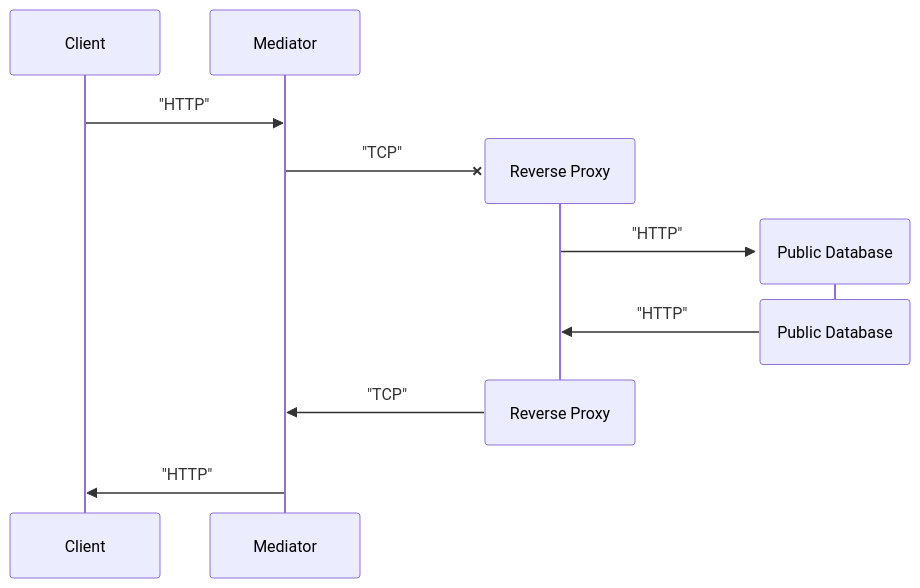
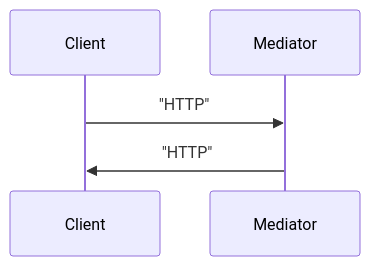
One commit to SHerlihy/service-architecture-project changed the second of 2 diagrams in README.md. Above: the diagram before and after it, drawn with Mermaid.

Commit message:
remove more

````diff
--- a/README.md
+++ b/README.md
@@ -38,17 +38,8 @@
 ```mermaid
 sequenceDiagram
     participant cli as Client
     participant med as Mediator
     cli->>med: "HTTP"
 
-    create participant rev as Reverse Proxy
-    med-xrev: "TCP"
-    create participant pub as Public Database
-    rev->>pub: "HTTP"
-    destroy pub
-    pub->>rev:"HTTP"
-    destroy rev
-    rev->>med:"TCP"
-
     med->>cli: "HTTP"
 ```
````
